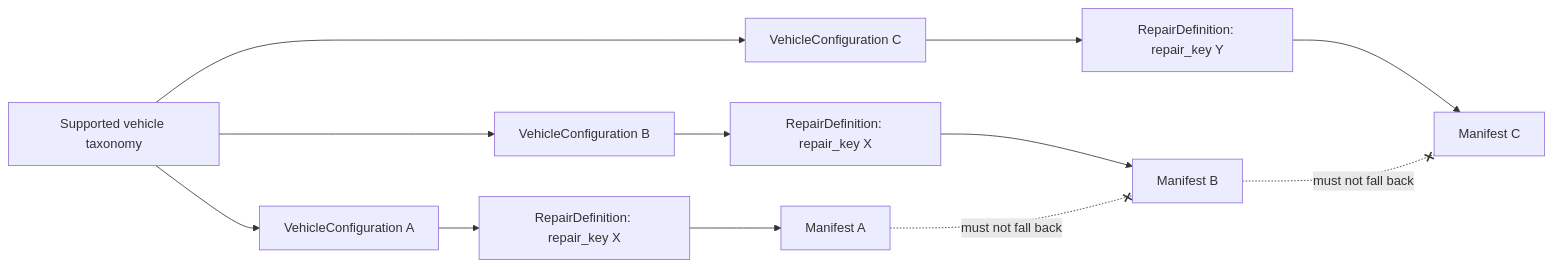
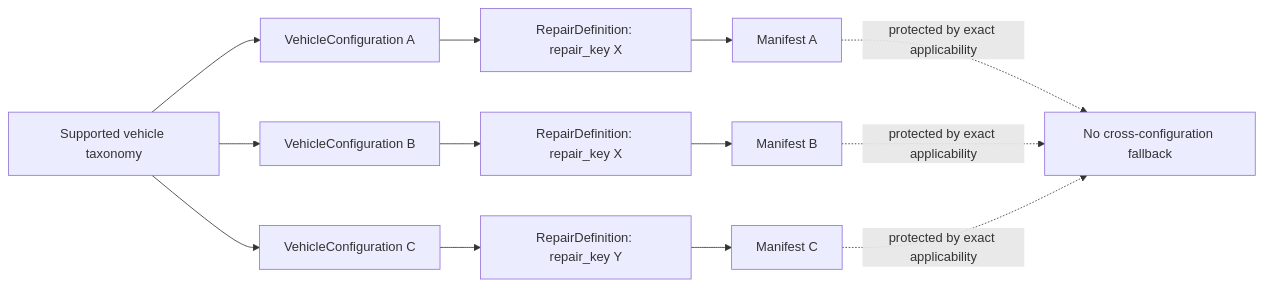
The third of 9 diagrams in docs/PARTGRAPH_SYSTEM_UML.md (Vivek-k24/forgebridge-demo), drawn with Mermaid before and after one commit. The commit also changed other lines of this file, not shown here.

Commit message:
Harden Mermaid UML rendering syntax

````diff
--- a/docs/PARTGRAPH_SYSTEM_UML.md
+++ b/docs/PARTGRAPH_SYSTEM_UML.md
@@ -173,17 +173,18 @@
 ```mermaid
 flowchart LR
     TAX[Supported vehicle taxonomy] --> VC1[VehicleConfiguration A]
     TAX --> VC2[VehicleConfiguration B]
     TAX --> VC3[VehicleConfiguration C]
 
     VC1 --> R1[RepairDefinition: repair_key X]
     VC2 --> R2[RepairDefinition: repair_key X]
     VC3 --> R3[RepairDefinition: repair_key Y]
 
     R1 --> M1[Manifest A]
     R2 --> M2[Manifest B]
     R3 --> M3[Manifest C]
 
-    M1 -. must not fall back .-x M2
-    M2 -. must not fall back .-x M3
+    M1 -. protected by exact applicability .-> GUARD[No cross-configuration fallback]
+    M2 -. protected by exact applicability .-> GUARD
+    M3 -. protected by exact applicability .-> GUARD
 ```
````
